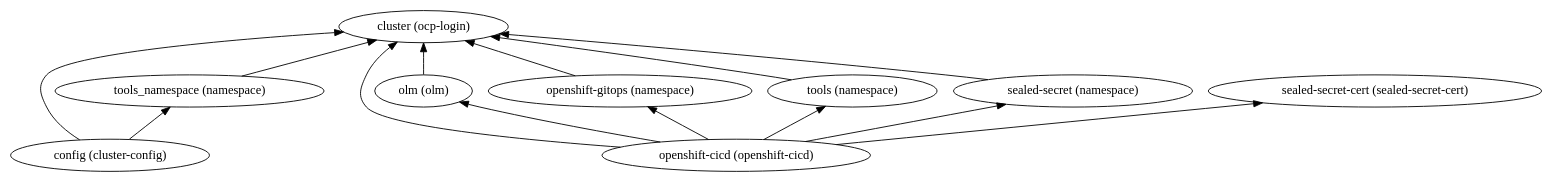
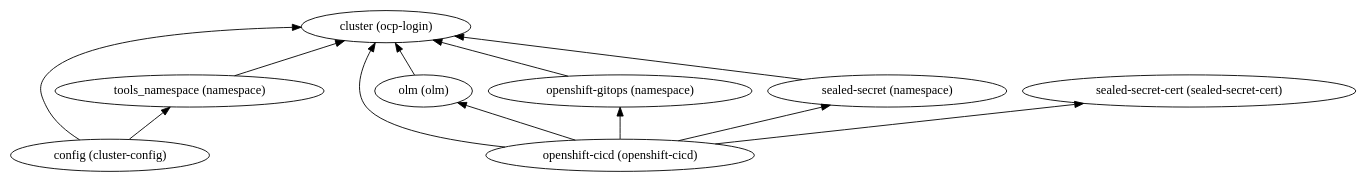
The diagram in 170-ibm-fs-openshift-gitops/dependencies.dot (IBM/ibm-cloud-reference-architectures), drawn with Graphviz before and after one commit. The commit also changed 48 other files, not shown here.

```diff
--- a/170-ibm-fs-openshift-gitops/dependencies.dot
+++ b/170-ibm-fs-openshift-gitops/dependencies.dot
@@ -1,25 +1,22 @@
 digraph {
     rankdir="BT"
     "cluster (ocp-login)"
 "tools_namespace (namespace)" -> "cluster (ocp-login)"
 "tools_namespace (namespace)"
 "config (cluster-config)" -> "cluster (ocp-login)"
 "config (cluster-config)" -> "tools_namespace (namespace)"
 "config (cluster-config)"
 "openshift-cicd (openshift-cicd)" -> "cluster (ocp-login)"
 "openshift-cicd (openshift-cicd)" -> "olm (olm)"
 "openshift-cicd (openshift-cicd)" -> "openshift-gitops (namespace)"
-"openshift-cicd (openshift-cicd)" -> "tools (namespace)"
 "openshift-cicd (openshift-cicd)" -> "sealed-secret (namespace)"
 "openshift-cicd (openshift-cicd)" -> "sealed-secret-cert (sealed-secret-cert)"
 "openshift-cicd (openshift-cicd)"
 "olm (olm)" -> "cluster (ocp-login)"
 "olm (olm)"
 "openshift-gitops (namespace)" -> "cluster (ocp-login)"
 "openshift-gitops (namespace)"
-"tools (namespace)" -> "cluster (ocp-login)"
-"tools (namespace)"
 "sealed-secret (namespace)" -> "cluster (ocp-login)"
 "sealed-secret (namespace)"
 "sealed-secret-cert (sealed-secret-cert)"
   }
```
